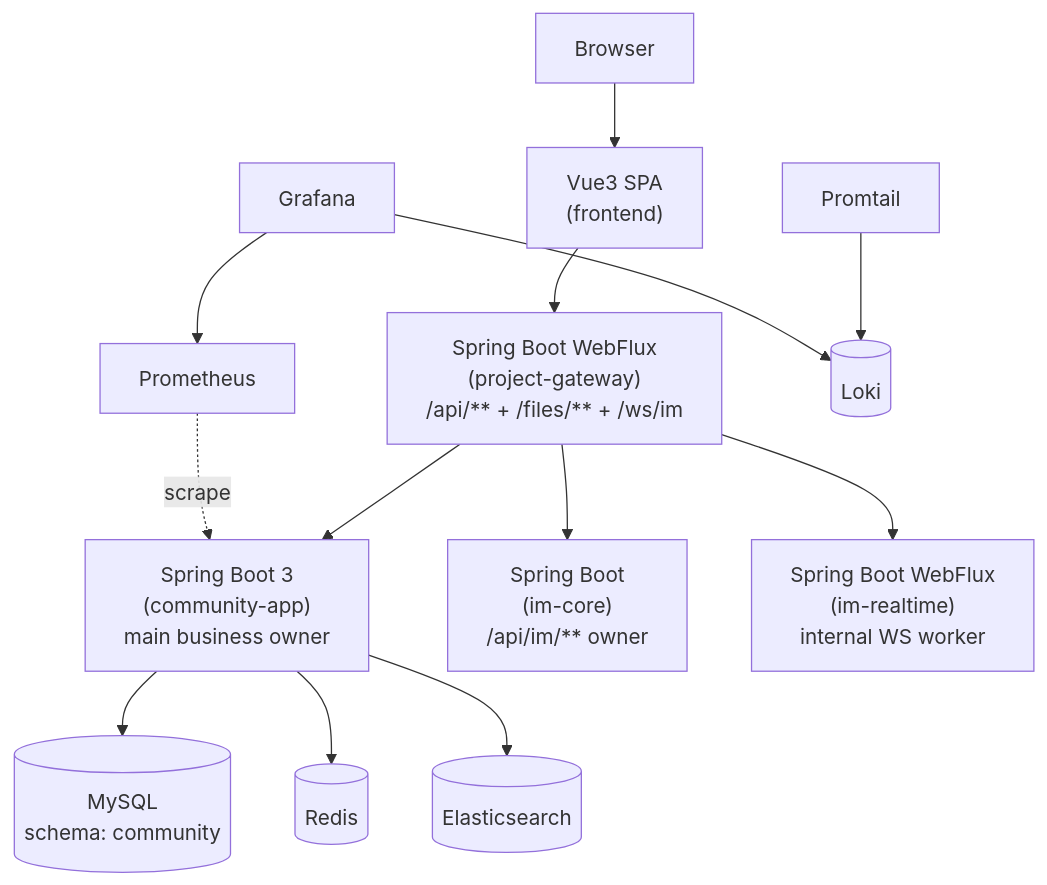
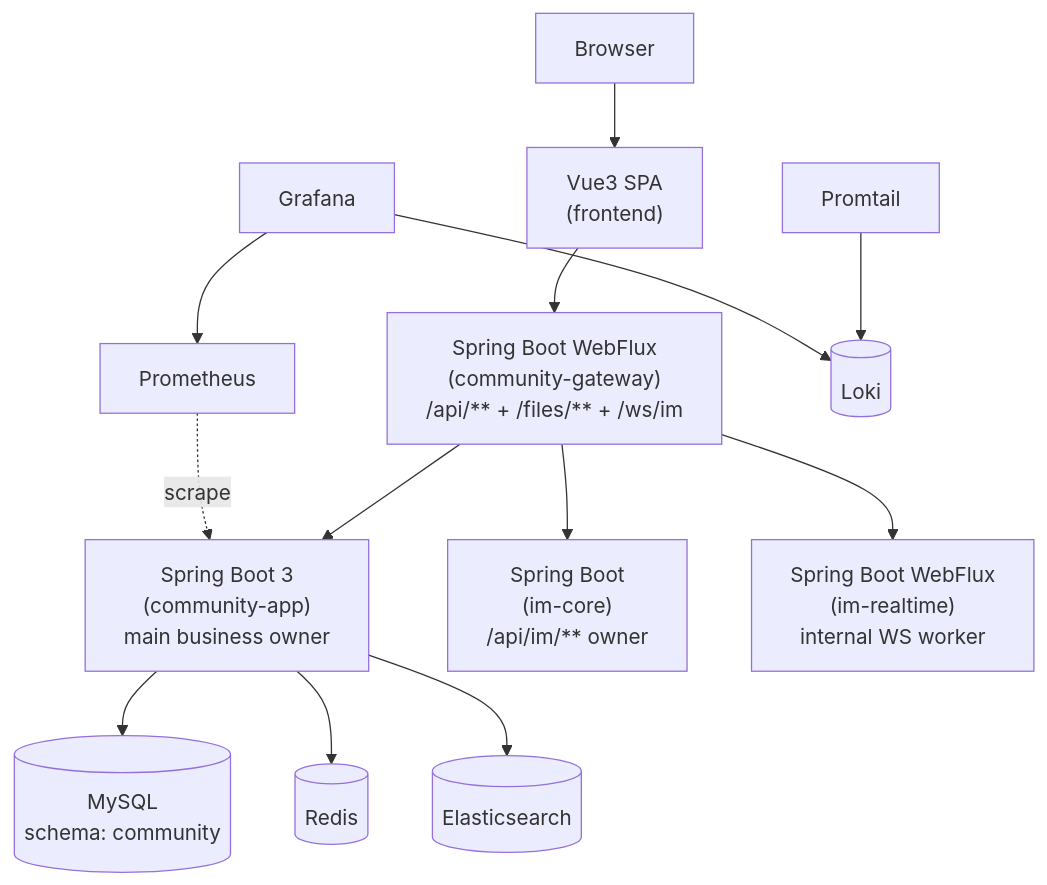
Before and after one commit to skt-shinyruo/community: the diagram in docs/ARCHITECTURE.md, drawn with Mermaid. The commit also changed other lines of this file and 621 other files, not shown here.

````diff
--- a/docs/ARCHITECTURE.md
+++ b/docs/ARCHITECTURE.md
@@ -36,17 +36,17 @@
 ```mermaid
 flowchart TD
     Browser[Browser] --> FE["Vue3 SPA<br/>(frontend)"]
-    FE --> GW["Spring Boot WebFlux<br/>(project-gateway)<br/>/api/** + /files/** + /ws/im"]
+    FE --> GW["Spring Boot WebFlux<br/>(community-gateway)<br/>/api/** + /files/** + /ws/im"]
     GW --> APP["Spring Boot 3<br/>(community-app)<br/>main business owner"]
     GW --> IMCORE["Spring Boot<br/>(im-core)<br/>/api/im/** owner"]
     GW --> IMRT["Spring Boot WebFlux<br/>(im-realtime)<br/>internal WS worker"]
 
     APP --> MySQL[(MySQL<br/>schema: community)]
     APP --> Redis[(Redis)]
     APP --> ES[(Elasticsearch)]
 
     Prom[Prometheus] -. scrape .-> APP
     Logs[Promtail] --> Loki[(Loki)]
     Grafana[Grafana] --> Loki
     Grafana --> Prom
 ```
````
